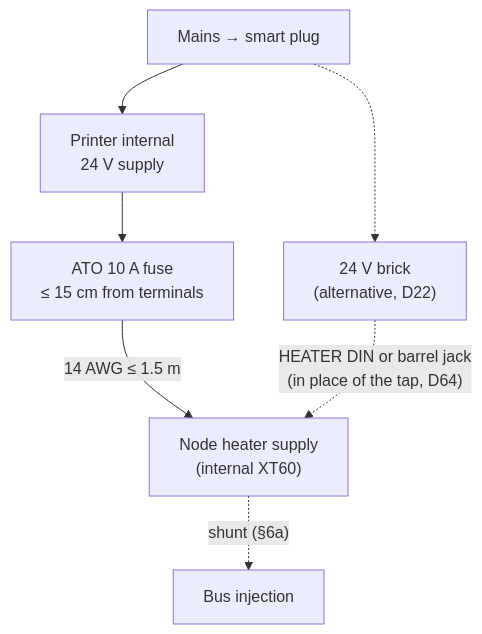
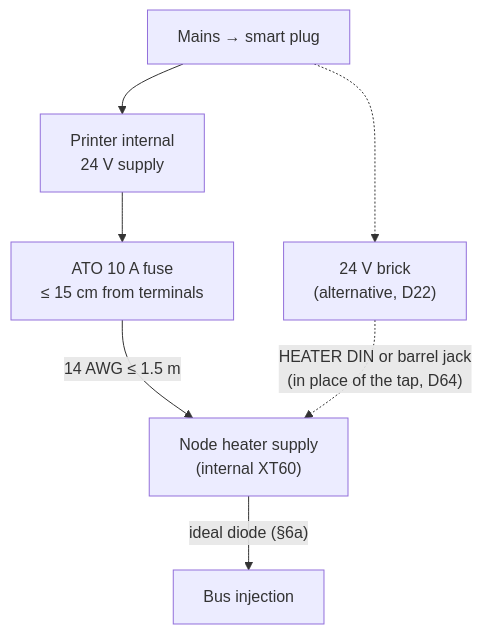
The second of 6 diagrams in docs/04_wiring_and_pinouts.md (BashfulBits/3dp-fleet-exhaust), drawn with Mermaid before and after one commit. The commit also changed other lines of this file and 6 other files, not shown here.

First line of the commit message:
Power path: one ideal diode per input, no INJECT jumpers (D94)

````diff
--- a/docs/04_wiring_and_pinouts.md
+++ b/docs/04_wiring_and_pinouts.md
@@ -21,9 +21,9 @@
 ```mermaid
 flowchart TB
   SP["Mains → smart plug"] --> AD["Printer internal<br>24 V supply"]
   AD --> FU["ATO 10 A fuse<br>≤ 15 cm from terminals"]
   FU -->|"14 AWG ≤ 1.5 m"| N["Node heater supply<br>(internal XT60)"]
   SP -.-> BRK["24 V brick<br>(alternative, D22)"]
   BRK -.->|"HEATER DIN or barrel jack<br>(in place of the tap, D64)"| N
-  N -.->|"shunt (§6a)"| BUS["Bus injection"]
+  N -->|"ideal diode (§6a)"| BUS["Bus injection"]
 ```
````
